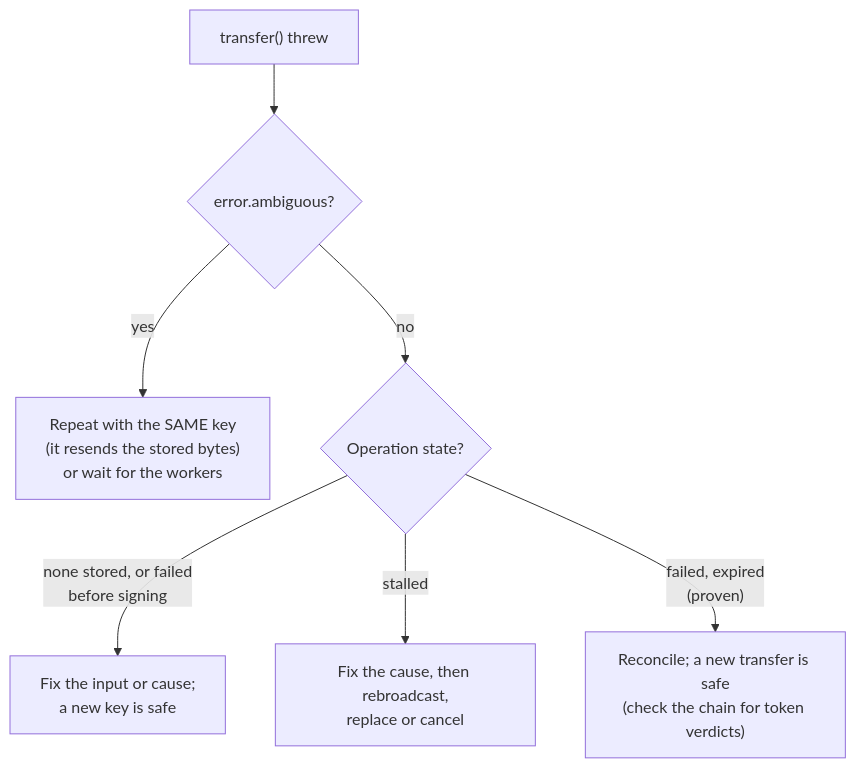
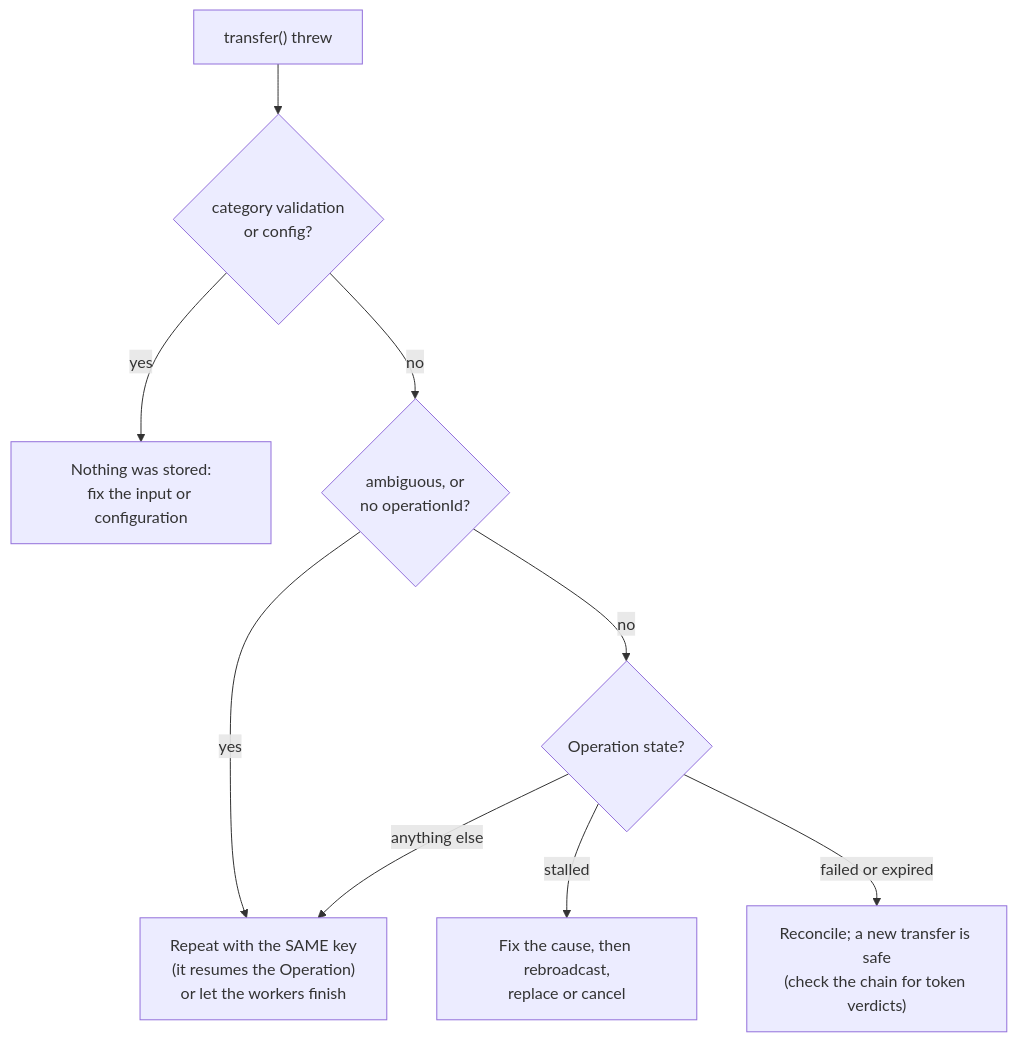
One commit to vhidvz/crypto-aio changed the diagram in docs/tour/recovery.md. Above: the diagram before and after it, drawn with Mermaid. The commit also changed other lines of this file and 9 other files, not shown here.

````diff
--- a/docs/tour/recovery.md
+++ b/docs/tour/recovery.md
@@ -34,9 +37,11 @@
 ```mermaid
 flowchart TB
-  err["transfer() threw"] --> amb{"error.ambiguous?"}
-  amb -- yes --> same["Repeat with the SAME key<br/>(it resends the stored bytes)<br/>or wait for the workers"]
+  err["transfer() threw"] --> cat{"category validation<br/>or config?"}
+  cat -- yes --> fix["Nothing was stored:<br/>fix the input or configuration"]
+  cat -- no --> amb{"ambiguous, or<br/>no operationId?"}
+  amb -- yes --> same["Repeat with the SAME key<br/>(it resumes the Operation)<br/>or let the workers finish"]
   amb -- no --> state{"Operation state?"}
-  state -- "none stored, or failed<br/>before signing" --> fix["Fix the input or cause;<br/>a new key is safe"]
   state -- stalled --> remedy["Fix the cause, then rebroadcast,<br/>replace or cancel"]
-  state -- "failed, expired<br/>(proven)" --> reconcile["Reconcile; a new transfer is safe<br/>(check the chain for token verdicts)"]
+  state -- "failed or expired" --> reconcile["Reconcile; a new transfer is safe<br/>(check the chain for token verdicts)"]
+  state -- "anything else" --> same
 ```
````
